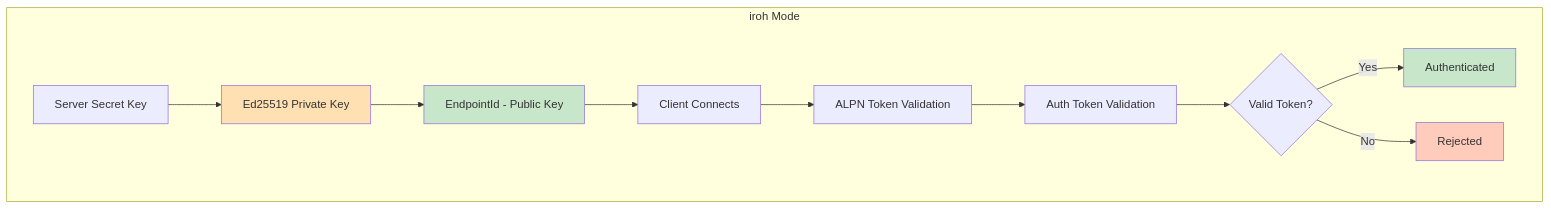
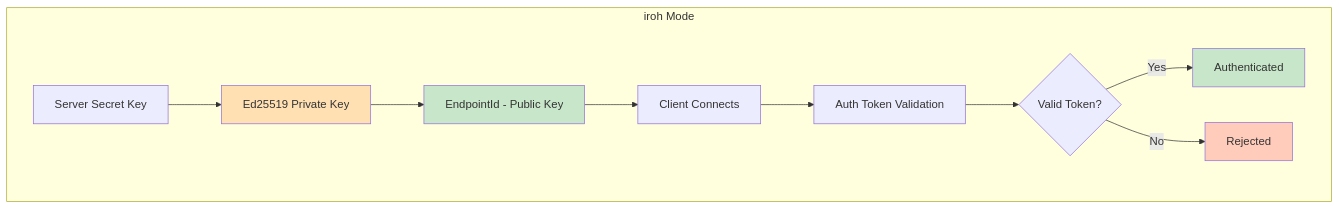
Before and after one commit to andrewtheguy/tunnel-rs: diagram 14 of 22 in docs/ARCHITECTURE.md, drawn with Mermaid. The commit also changed other lines of this file and 12 other files, not shown here.

````diff
--- a/docs/ARCHITECTURE.md
+++ b/docs/ARCHITECTURE.md
@@ -538,18 +528,17 @@
 ```mermaid
 graph TB
     subgraph "iroh Mode"
         A[Server Secret Key] --> B[Ed25519 Private Key]
         B --> C[EndpointId - Public Key]
         C --> D[Client Connects]
-        D --> D2[ALPN Token Validation]
-        D2 --> E[Auth Token Validation]
+        D --> E[Auth Token Validation]
         E --> F{Valid Token?}
         F -->|Yes| G[Authenticated]
         F -->|No| H[Rejected]
     end
 
     style B fill:#FFE0B2
     style C fill:#C8E6C9
     style G fill:#C8E6C9
     style H fill:#FFCCBC
 ```
````
